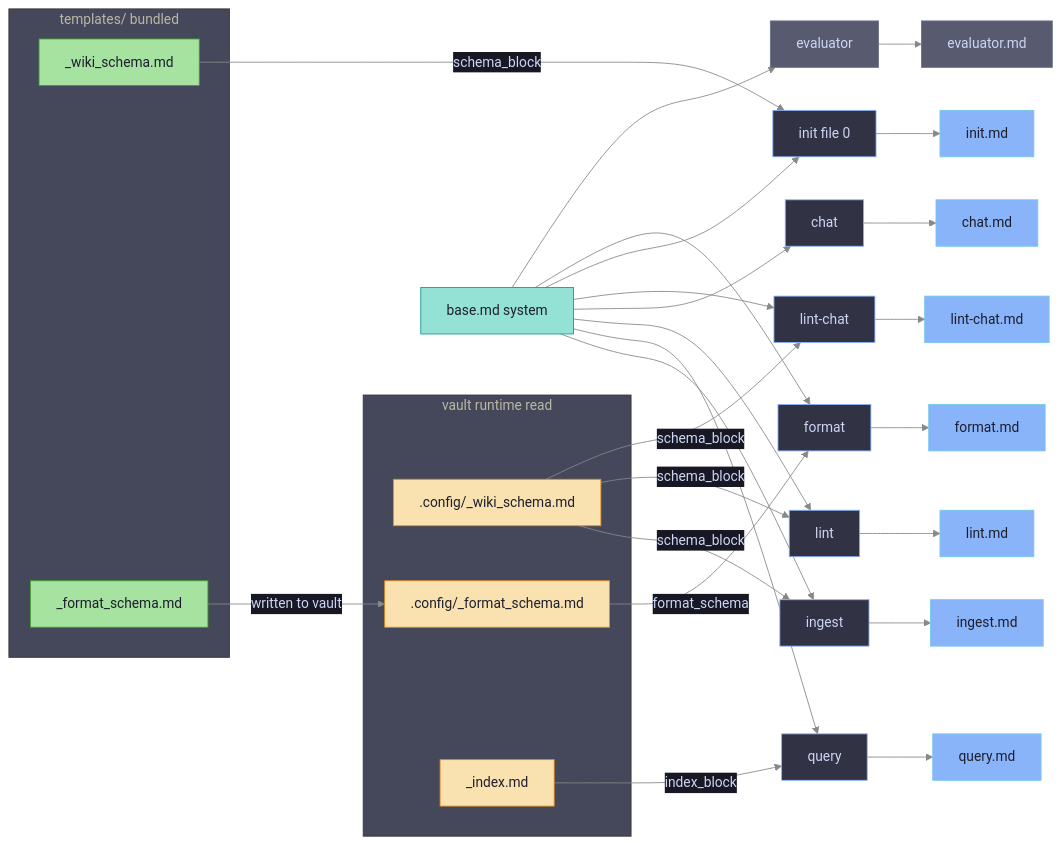
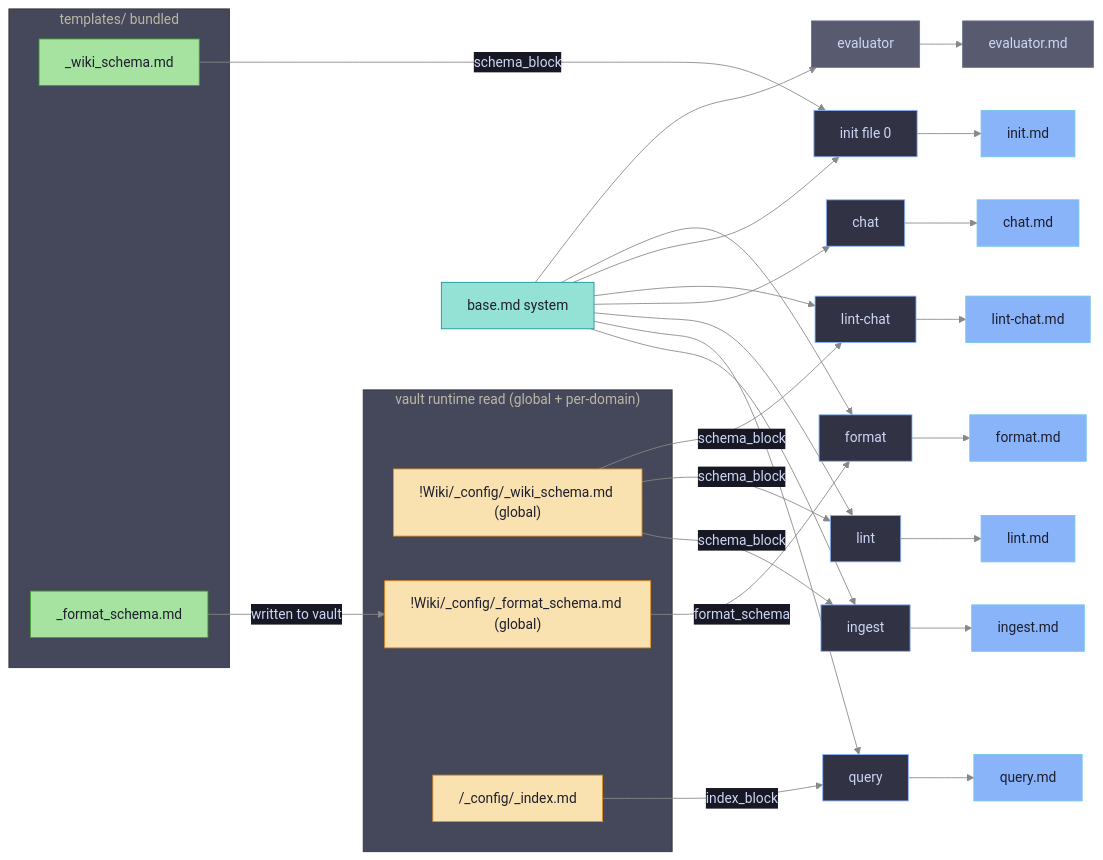
The third of 5 diagrams in docs/prompt-architecture.md (ikeniborn/obsidian-ai-wiki), drawn with Mermaid before and after one commit. The commit also changed other lines of this file and 1 other file, not shown here.

Commit message:
docs: update paths to _config/ layout in prompt-architecture and lat.md

````diff
--- a/docs/prompt-architecture.md
+++ b/docs/prompt-architecture.md
@@ -108,55 +108,55 @@
 ```mermaid
 %%{init: {'theme': 'base', 'themeVariables': {'background': '#1e1e2e', 'primaryColor': '#313244', 'primaryTextColor': '#cdd6f4', 'primaryBorderColor': '#89b4fa', 'lineColor': '#888888', 'secondaryColor': '#181825', 'tertiaryColor': '#45475a'}}}%%
 flowchart LR
     subgraph tmpl["templates/ bundled"]
         WIKI_SCHEMA["_wiki_schema.md"]
         FMT_SCHEMA["_format_schema.md"]
     end
 
-    subgraph vault["vault runtime read"]
-        V_WIKI[".config/_wiki_schema.md"]
-        V_FMT[".config/_format_schema.md"]
-        V_IDX["_index.md"]
+    subgraph vault["vault runtime read (global + per-domain)"]
+        V_WIKI["!Wiki/_config/_wiki_schema.md (global)"]
+        V_FMT["!Wiki/_config/_format_schema.md (global)"]
+        V_IDX["<domain>/_config/_index.md"]
     end
 
     BASE["base.md system"]
 
     BASE --> PI2
     BASE --> PQ2
     BASE --> PL2
     BASE --> PC2
     BASE --> PLC2
     BASE --> PIN2a
     BASE --> PF2
     BASE --> PE2
 
     PI2["ingest"] --> INGEST["ingest.md"]
     PQ2["query"] --> QUERY["query.md"]
     PL2["lint"] --> LINT["lint.md"]
     PC2["chat"] --> CHAT["chat.md"]
     PLC2["lint-chat"] --> LINTCHAT["lint-chat.md"]
     PIN2a["init file 0"] --> INIT["init.md"]
     PF2["format"] --> FORMAT["format.md"]
 
     PE2["evaluator"] --> EVAL["evaluator.md"]
 
     V_WIKI -->|schema_block| PI2
     V_WIKI -->|schema_block| PL2
     V_WIKI -->|schema_block| PLC2
     V_IDX  -->|index_block| PQ2
     V_FMT  -->|format_schema| PF2
 
     WIKI_SCHEMA -->|schema_block| PIN2a
     FMT_SCHEMA  -->|"written to vault"| V_FMT
 
     classDef prompt  fill:#89b4fa,color:#1e1e2e,stroke:#74c7ec
     classDef tmplcls fill:#a6e3a1,color:#1e1e2e,stroke:#40a02b
     classDef vaultcls fill:#f9e2af,color:#1e1e2e,stroke:#df8e1d
     classDef base    fill:#94e2d5,color:#1e1e2e,stroke:#179299
     classDef dev     fill:#585b70,color:#cdd6f4,stroke:#6c7086
     class INGEST,QUERY,LINT,CHAT,LINTCHAT,INIT,FORMAT prompt
     class WIKI_SCHEMA,FMT_SCHEMA tmplcls
     class V_WIKI,V_FMT,V_IDX vaultcls
     class BASE base
     class PE2,EVAL dev
 ```
````
